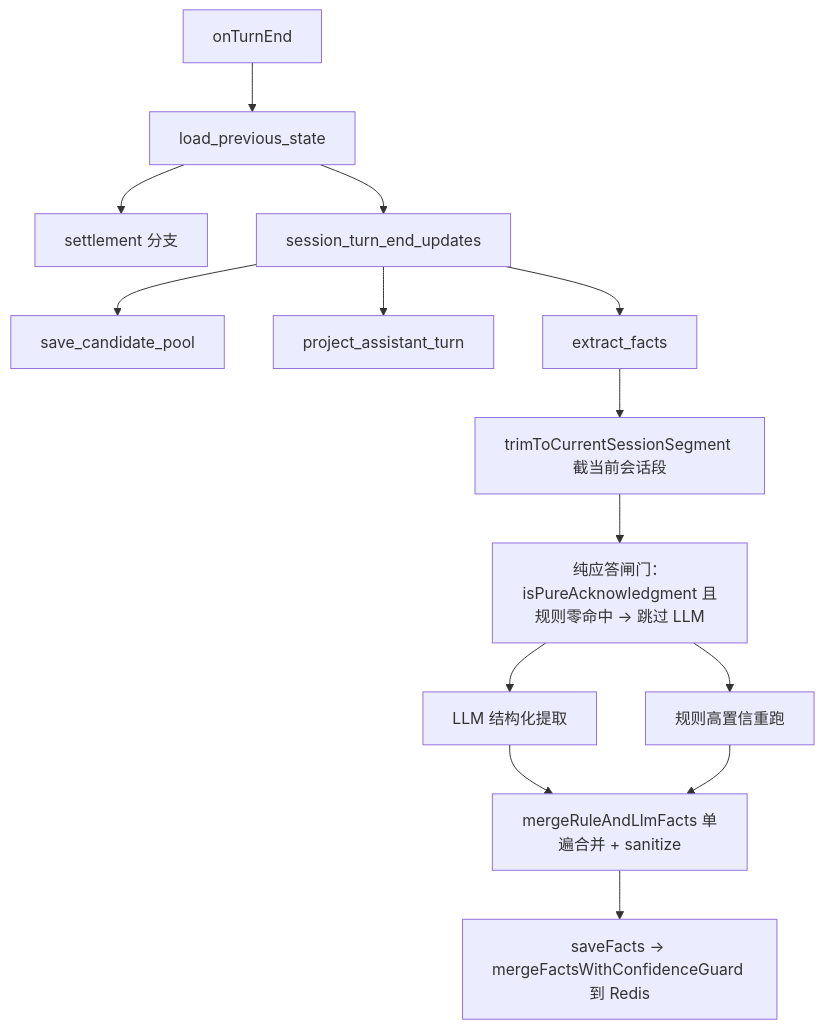
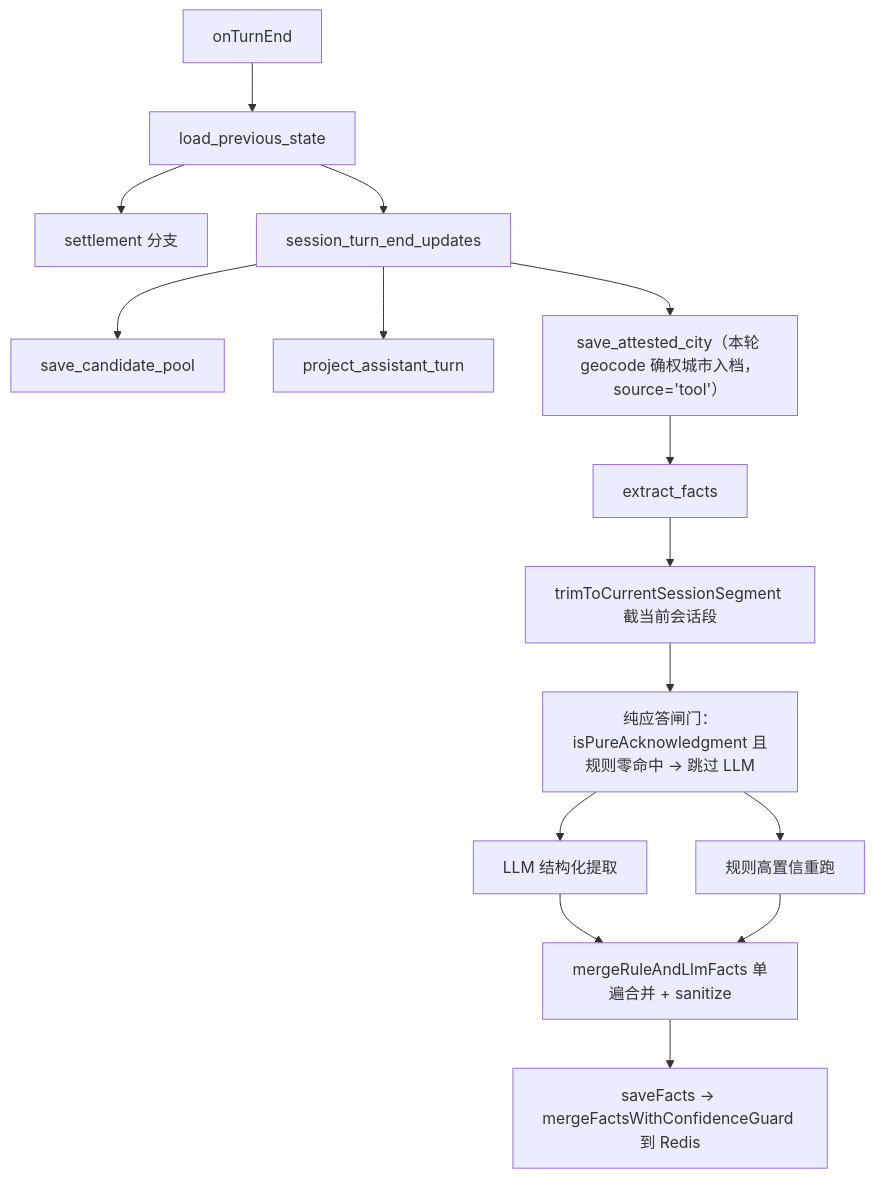
The fourth of 5 diagrams in docs/architecture/memory-and-hints-data-flow.md (huajune/cake-agent-runtime), drawn with Mermaid before and after one commit. The commit also changed other lines of this file and 3 other files, not shown here.

First line of the commit message:
docs(architecture): 候选人认知体系四文档整体化——三轴定位互引 + 记忆真相文档漂移修正 + 判定机制交点对账

````diff
--- a/docs/architecture/memory-and-hints-data-flow.md
+++ b/docs/architecture/memory-and-hints-data-flow.md
@@ -347,16 +356,17 @@
 ```mermaid
 flowchart TD
   A["onTurnEnd"] --> B["load_previous_state"]
   B --> C["settlement 分支"]
   B --> D["session_turn_end_updates"]
   D --> E["save_candidate_pool"]
   D --> F["project_assistant_turn"]
-  D --> G["extract_facts"]
+  D --> AC["save_attested_city（本轮 geocode 确权城市入档，source='tool'）"]
+  AC --> G["extract_facts"]
   G --> S["trimToCurrentSessionSegment 截当前会话段"]
   S --> T["纯应答闸门：isPureAcknowledgment 且规则零命中 → 跳过 LLM"]
   T --> H["LLM 结构化提取"]
   T --> I["规则高置信重跑"]
   H --> J["mergeRuleAndLlmFacts 单遍合并 + sanitize"]
   I --> J
   J --> K["saveFacts → mergeFactsWithConfidenceGuard 到 Redis"]
 ```
````
